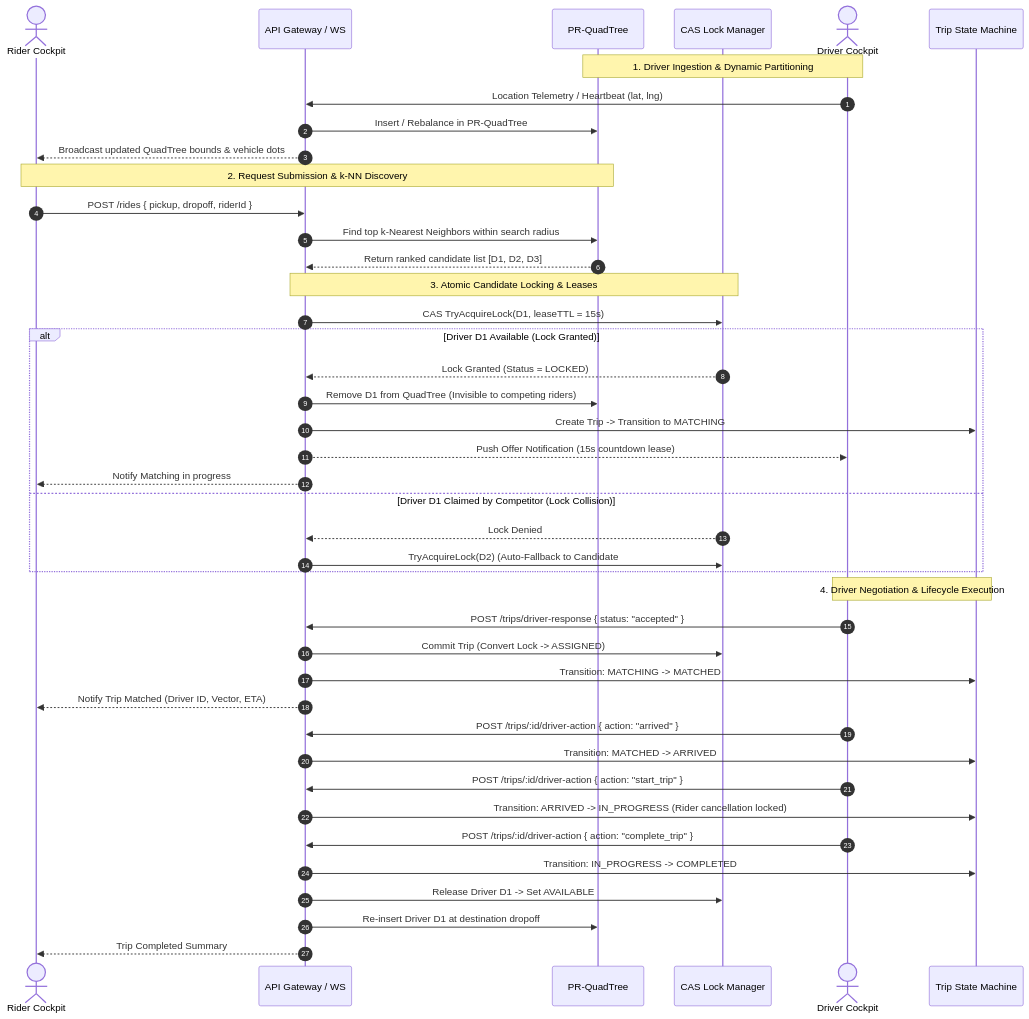
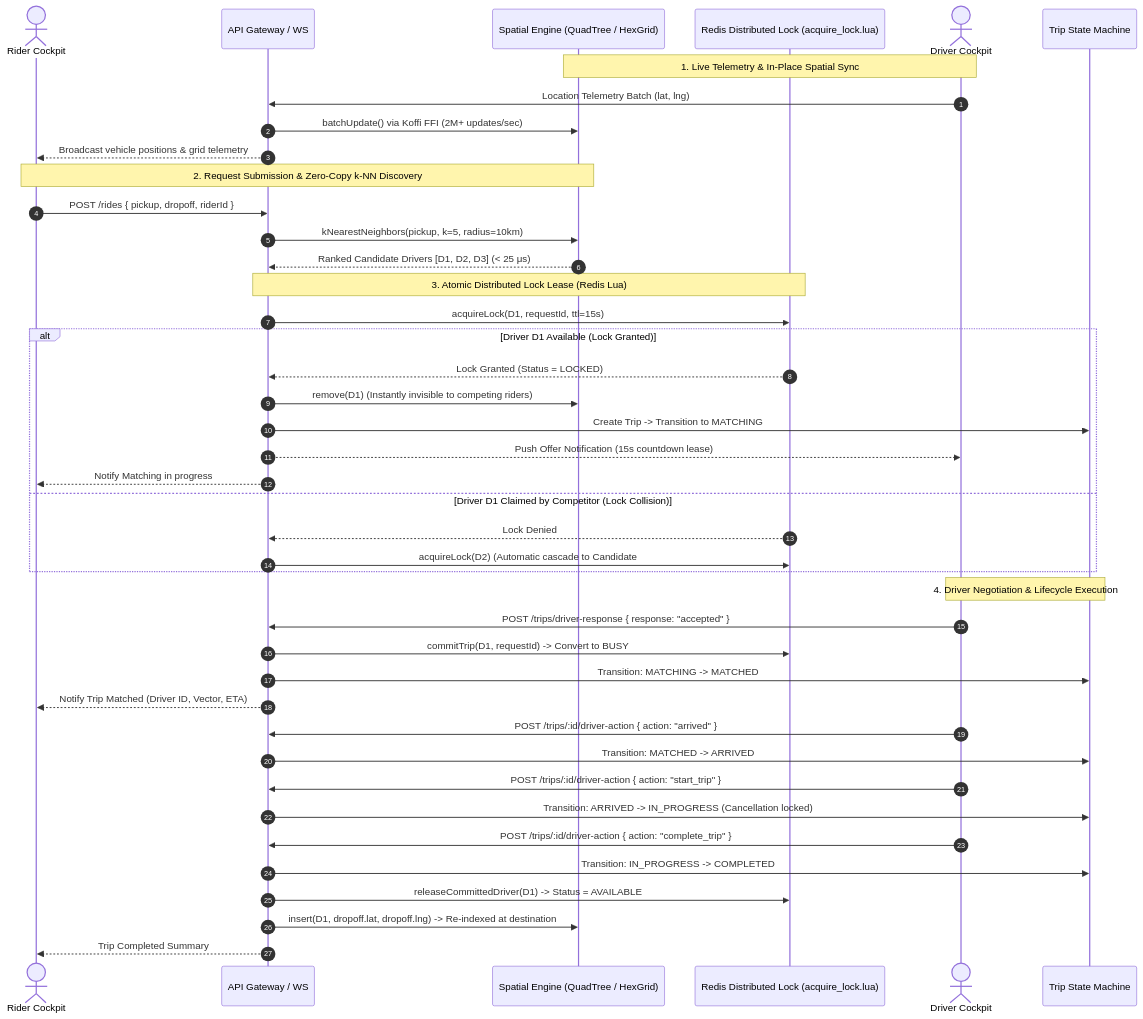
Before and after one commit to Souma061/InstaRide: the second of 2 diagrams in README.md, drawn with Mermaid. The commit also changed other lines of this file and 7 other files, not shown here.

Commit message:
feat: Integrate C++ QuadTree and HexGrid via in-process zero-copy Koffi FFI with full tests and updated README

````diff
--- a/README.md
+++ b/README.md
@@ -60,54 +68,54 @@
 ```mermaid
 sequenceDiagram
     autonumber
     actor Rider as Rider Cockpit
     participant Gateway as API Gateway / WS
-    participant QT as PR-QuadTree
-    participant Lock as CAS Lock Manager
+    participant Spatial as Spatial Engine (QuadTree / HexGrid)
+    participant Lock as Redis Distributed Lock (acquire_lock.lua)
     actor Driver as Driver Cockpit
     participant FSM as Trip State Machine
 
     %% 1. Ingestion
-    Note over Driver, QT: 1. Driver Ingestion & Dynamic Partitioning
-    Driver->>Gateway: Location Telemetry / Heartbeat (lat, lng)
-    Gateway->>QT: Insert / Rebalance in PR-QuadTree
-    Gateway-->>Rider: Broadcast updated QuadTree bounds & vehicle dots
+    Note over Driver, Spatial: 1. Live Telemetry & In-Place Spatial Sync
+    Driver->>Gateway: Location Telemetry Batch (lat, lng)
+    Gateway->>Spatial: batchUpdate() via Koffi FFI (2M+ updates/sec)
+    Gateway-->>Rider: Broadcast vehicle positions & grid telemetry
 
     %% 2. Ride Request & Spatial Search
-    Note over Rider, QT: 2. Request Submission & k-NN Discovery
+    Note over Rider, Spatial: 2. Request Submission & Zero-Copy k-NN Discovery
     Rider->>Gateway: POST /rides { pickup, dropoff, riderId }
-    Gateway->>QT: Find top k-Nearest Neighbors within search radius
-    QT-->>Gateway: Return ranked candidate list [D1, D2, D3]
+    Gateway->>Spatial: kNearestNeighbors(pickup, k=5, radius=10km)
+    Spatial-->>Gateway: Ranked Candidate Drivers [D1, D2, D3] (< 25 μs)
 
     %% 3. Atomic CAS Locking
-    Note over Gateway, Lock: 3. Atomic Candidate Locking & Leases
-    Gateway->>Lock: CAS TryAcquireLock(D1, leaseTTL = 15s)
+    Note over Gateway, Lock: 3. Atomic Distributed Lock Lease (Redis Lua)
+    Gateway->>Lock: acquireLock(D1, requestId, ttl=15s)
     alt Driver D1 Available (Lock Granted)
         Lock-->>Gateway: Lock Granted (Status = LOCKED)
-        Gateway->>QT: Remove D1 from QuadTree (Invisible to competing riders)
+        Gateway->>Spatial: remove(D1) (Instantly invisible to competing riders)
         Gateway->>FSM: Create Trip -> Transition to MATCHING
         Gateway-->>Driver: Push Offer Notification (15s countdown lease)
         Gateway-->>Rider: Notify Matching in progress
     else Driver D1 Claimed by Competitor (Lock Collision)
         Lock-->>Gateway: Lock Denied
-        Gateway->>Lock: TryAcquireLock(D2) (Auto-Fallback to Candidate #2)
+        Gateway->>Lock: acquireLock(D2) (Automatic cascade to Candidate #2)
     end
 
     %% 4. Driver Response & Negotiation
     Note over Driver, FSM: 4. Driver Negotiation & Lifecycle Execution
-    Driver->>Gateway: POST /trips/driver-response { status: "accepted" }
-    Gateway->>Lock: Commit Trip (Convert Lock -> ASSIGNED)
+    Driver->>Gateway: POST /trips/driver-response { response: "accepted" }
+    Gateway->>Lock: commitTrip(D1, requestId) -> Convert to BUSY
     Gateway->>FSM: Transition: MATCHING -> MATCHED
     Gateway-->>Rider: Notify Trip Matched (Driver ID, Vector, ETA)
 
     %% 5. Milestones & Completion
     Driver->>Gateway: POST /trips/:id/driver-action { action: "arrived" }
     Gateway->>FSM: Transition: MATCHED -> ARRIVED
     Driver->>Gateway: POST /trips/:id/driver-action { action: "start_trip" }
-    Gateway->>FSM: Transition: ARRIVED -> IN_PROGRESS (Rider cancellation locked)
+    Gateway->>FSM: Transition: ARRIVED -> IN_PROGRESS (Cancellation locked)
     Driver->>Gateway: POST /trips/:id/driver-action { action: "complete_trip" }
     Gateway->>FSM: Transition: IN_PROGRESS -> COMPLETED
-    Gateway->>Lock: Release Driver D1 -> Set AVAILABLE
-    Gateway->>QT: Re-insert Driver D1 at destination dropoff
+    Gateway->>Lock: releaseCommittedDriver(D1) -> Status = AVAILABLE
+    Gateway->>Spatial: insert(D1, dropoff.lat, dropoff.lng) -> Re-indexed at destination
     Gateway-->>Rider: Trip Completed Summary
 ```
````
